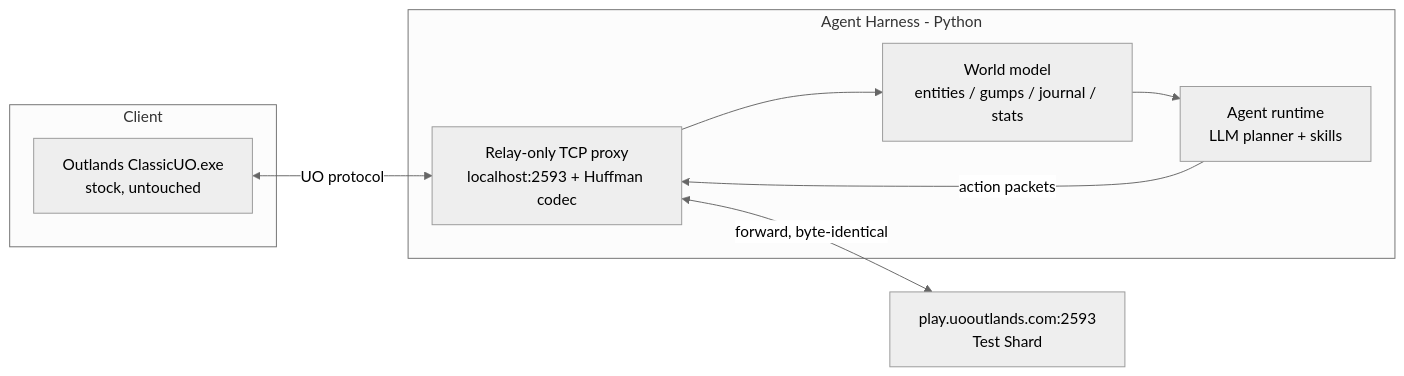
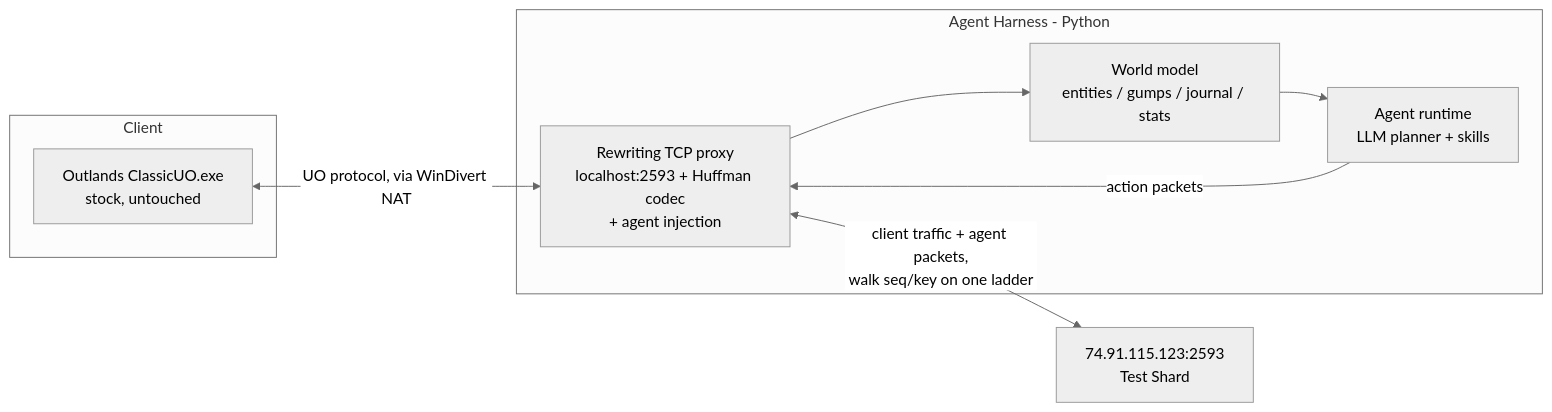
Before and after one commit to chriskite/uo-harness: the diagram in README.md, drawn with Mermaid (neutral theme). The commit also changed other lines of this file and 22 other files, not shown here.

````diff
--- a/README.md
+++ b/README.md
@@ -9,15 +9,15 @@
 ```mermaid
 flowchart LR
   subgraph Client
     CUO[Outlands ClassicUO.exe<br/>stock, untouched]
   end
   subgraph Harness[Agent Harness - Python]
-    PX[Relay-only TCP proxy<br/>localhost:2593 + Huffman codec]
+    PX[Rewriting TCP proxy<br/>localhost:2593 + Huffman codec<br/>+ agent injection]
     WM[World model<br/>entities / gumps / journal / stats]
     AG[Agent runtime<br/>LLM planner + skills]
   end
-  CUO <-->|UO protocol| PX
-  PX <-->|forward, byte-identical| SRV[play.uooutlands.com:2593<br/>Test Shard]
+  CUO <-->|UO protocol, via WinDivert NAT| PX
+  PX <-->|client traffic + agent packets,<br/>walk seq/key on one ladder| SRV[74.91.115.123:2593<br/>Test Shard]
   PX --> WM --> AG
   AG -->|action packets| PX
 ```
````
